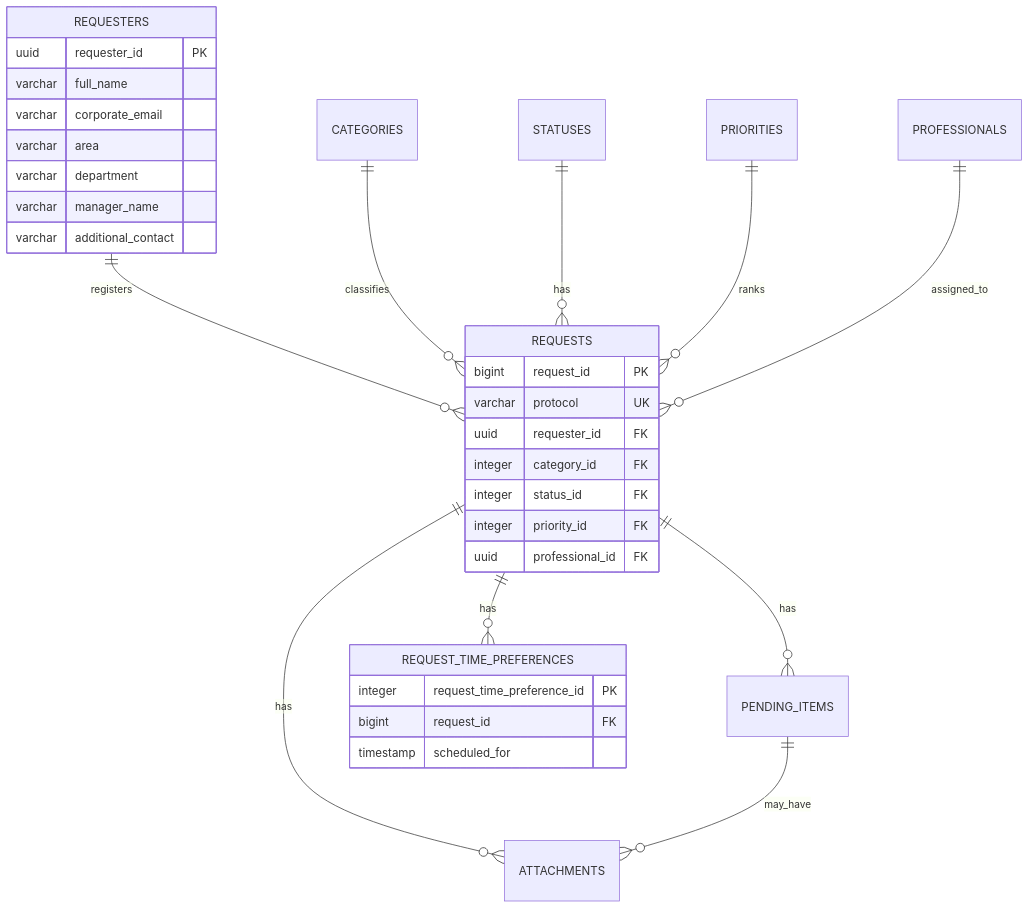
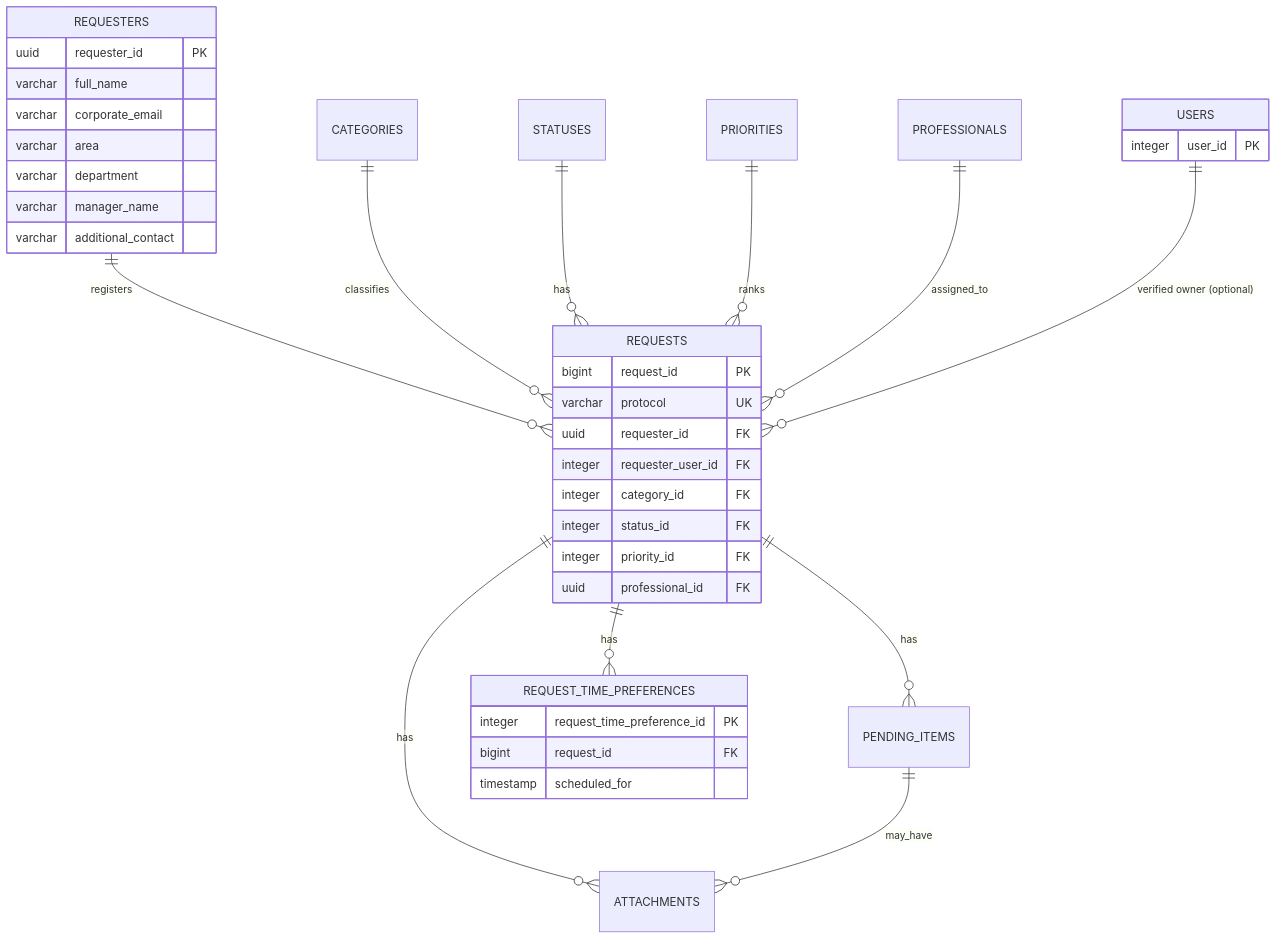
Before and after one commit to NEO-Kaizen/backend: the diagram in docs/database/requests-persistence.md, drawn with Mermaid. The commit also changed other lines of this file and 3 other files, not shown here.

First line of the commit message:
feat(requests): add optional user link to requests

````diff
--- a/docs/database/requests-persistence.md
+++ b/docs/database/requests-persistence.md
@@ -39,38 +40,44 @@
 ```mermaid
 erDiagram
     REQUESTERS ||--o{ REQUESTS : registers
     CATEGORIES ||--o{ REQUESTS : classifies
     STATUSES ||--o{ REQUESTS : has
     PRIORITIES ||--o{ REQUESTS : ranks
     PROFESSIONALS ||--o{ REQUESTS : assigned_to
+    USERS ||--o{ REQUESTS : "verified owner (optional)"
     REQUESTS ||--o{ PENDING_ITEMS : has
     REQUESTS ||--o{ ATTACHMENTS : has
     REQUESTS ||--o{ REQUEST_TIME_PREFERENCES : has
     PENDING_ITEMS ||--o{ ATTACHMENTS : may_have
 
     REQUESTERS {
         uuid requester_id PK
         varchar full_name
         varchar corporate_email
         varchar area
         varchar department
         varchar manager_name
         varchar additional_contact
     }
 
     REQUESTS {
         bigint request_id PK
         varchar protocol UK
         uuid requester_id FK
+        integer requester_user_id FK
         integer category_id FK
         integer status_id FK
         integer priority_id FK
         uuid professional_id FK
+    }
+
+    USERS {
+        integer user_id PK
     }
 
     REQUEST_TIME_PREFERENCES {
         integer request_time_preference_id PK
         bigint request_id FK
         timestamp scheduled_for
     }
 ```
````
